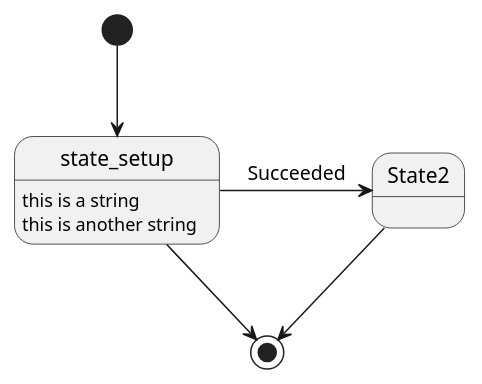
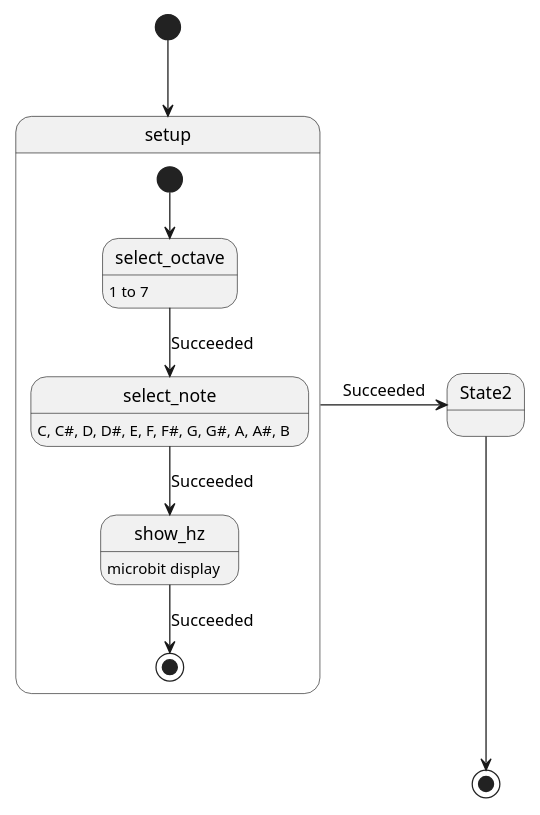
The diagram in Unidad3/state_machine.puml (jfUPB/bitacorassfi12024-10-LemurWater), drawn with PlantUML before and after one commit.

```diff
--- a/Unidad3/state_machine.puml
+++ b/Unidad3/state_machine.puml
@@ -1,11 +1,20 @@
 @startuml
 
-[*] --> state_setup
-state_setup--> [*]
-state_setup: this is a string
-state_setup: this is another string
+scale 350 width
 
-state_setup-> State2 : Succeeded
+[*] --> setup
+
+state setup {
+ [*] --> select_octave
+ select_octave: 1 to 7
+ select_octave --> select_note : Succeeded
+ select_note: C, C#, D, D#, E, F, F#, G, G#, A, A#, B
+ select_note --> show_hz : Succeeded
+ show_hz: microbit display
+ show_hz --> [*] : Succeeded
+}
+
+setup-> State2 : Succeeded
 State2 --> [*]
 
 @enduml
```
